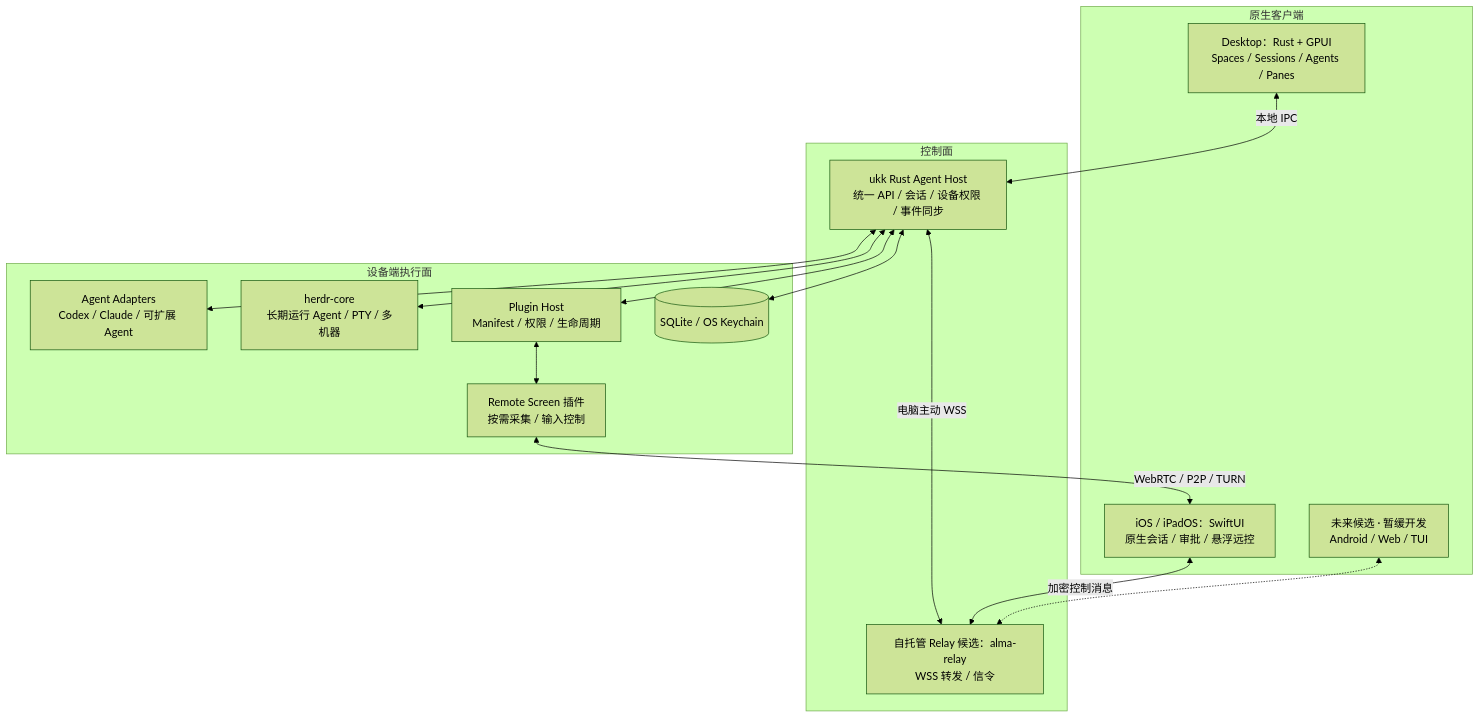
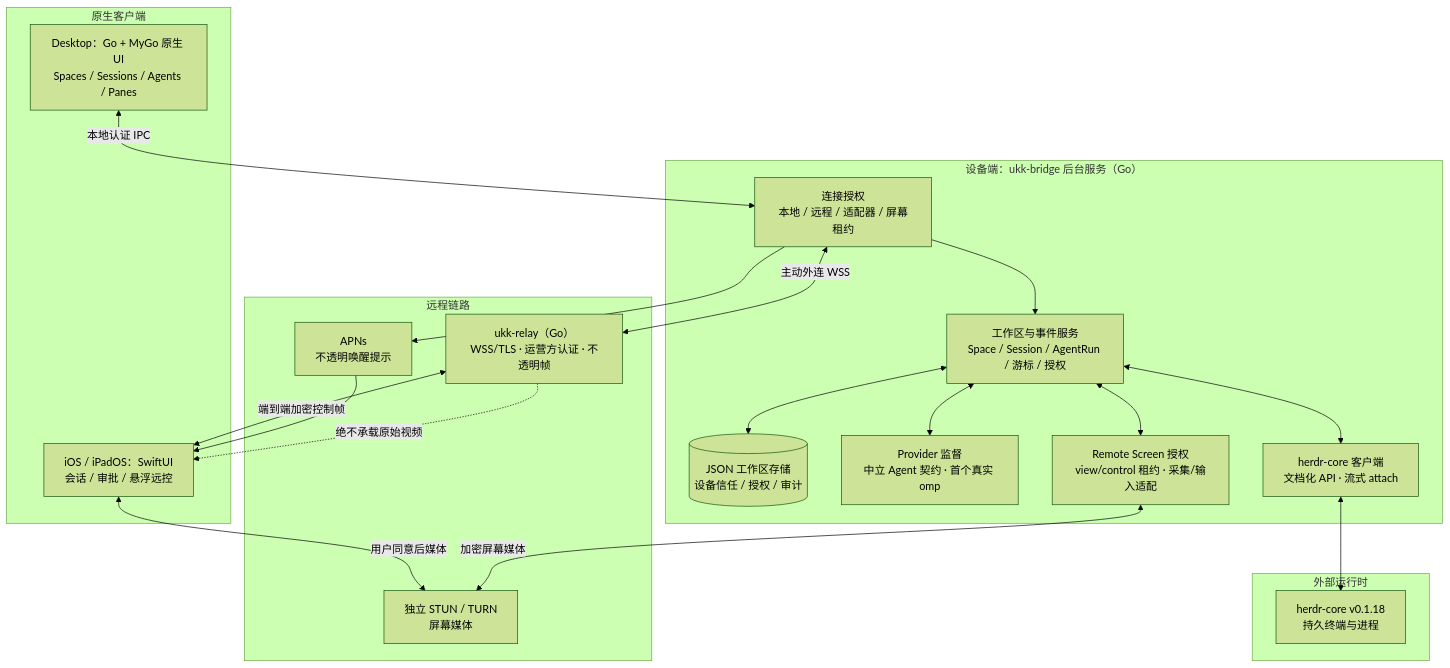
The first of 2 diagrams in docs/overview.zh-CN.md (suj1e/ukk), drawn with Mermaid (forest theme) before and after one commit. The commit also changed other lines of this file and 481 other files, not shown here.

First line of the commit message:
feat: native Go/MyGo desktop with herdr-core, relay and SwiftUI companion (#58)

````diff
--- a/docs/overview.zh-CN.md
+++ b/docs/overview.zh-CN.md
@@ -27,29 +34,37 @@
 ```mermaid
 flowchart TB
-  subgraph Front["原生客户端"]
-    D["Desktop：Rust + GPUI<br/>Spaces / Sessions / Agents / Panes"]
-    M["iOS / iPadOS：SwiftUI<br/>原生会话 / 审批 / 悬浮远控"]
-    F["未来候选 · 暂缓开发<br/>Android / Web / TUI"]
+  subgraph Clients["原生客户端"]
+    D["Desktop：Go + MyGo 原生 UI<br/>Spaces / Sessions / Agents / Panes"]
+    I["iOS / iPadOS：SwiftUI<br/>会话 / 审批 / 悬浮远控"]
   end
-  subgraph Control["控制面"]
-    R["自托管 Relay 候选：alma-relay<br/>WSS 转发 / 信令"]
-    H["ukk Rust Agent Host<br/>统一 API / 会话 / 设备权限 / 事件同步"]
+  subgraph Local["设备端：ukk-bridge 后台服务（Go）"]
+    AUTH["连接授权<br/>本地 / 远程 / 适配器 / 屏幕租约"]
+    MODEL["工作区与事件服务<br/>Space / Session / AgentRun / 游标 / 授权"]
+    DB[("JSON 工作区存储<br/>设备信任 / 授权 / 审计")]
+    PROV["Provider 监督<br/>中立 Agent 契约 · 首个真实 omp"]
+    HC["herdr-core 客户端<br/>文档化 API · 流式 attach"]
+    SCR["Remote Screen 授权<br/>view/control 租约 · 采集/输入适配"]
+    AUTH --> MODEL
+    MODEL <--> DB
+    MODEL <--> PROV
+    MODEL <--> HC
+    MODEL <--> SCR
   end
-  subgraph Runtime["设备端执行面"]
-    A["Agent Adapters<br/>Codex / Claude / 可扩展 Agent"]
-    HC["herdr-core<br/>长期运行 Agent / PTY / 多机器"]
-    P["Plugin Host<br/>Manifest / 权限 / 生命周期"]
-    S["Remote Screen 插件<br/>按需采集 / 输入控制"]
-    DB[("SQLite / OS Keychain")]
-    H <--> A
-    H <--> HC
-    H <--> P
-    P <--> S
-    H <--> DB
+  subgraph Runtime["外部运行时"]
+    CORE["herdr-core v0.1.18<br/>持久终端与进程"]
   end
-  D <-->|本地 IPC| H
-  M <-->|加密控制消息| R
-  F <-.-> R
-  R <-->|电脑主动 WSS| H
-  S <-->|WebRTC / P2P / TURN| M
+  subgraph Network["远程链路"]
+    REL["ukk-relay（Go）<br/>WSS/TLS · 运营方认证 · 不透明帧"]
+    MEDIA["独立 STUN / TURN<br/>屏幕媒体"]
+    PUSH["APNs<br/>不透明唤醒提示"]
+  end
+  D <-->|本地认证 IPC| AUTH
+  I <-->|端到端加密控制帧| REL
+  AUTH <-->|主动外连 WSS| REL
+  REL -.->|绝不承载原始视频| I
+  SCR <-->|加密屏幕媒体| MEDIA
+  I <-->|用户同意后媒体| MEDIA
+  HC <--> CORE
+  AUTH --> PUSH
+  PUSH --> I
 ```
````
